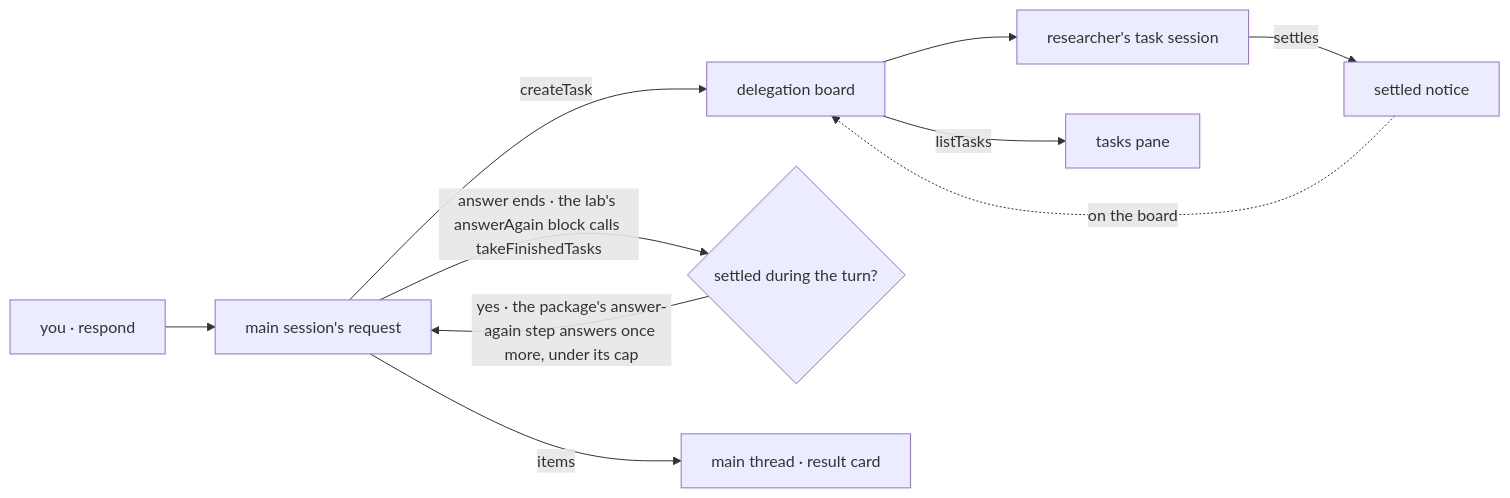
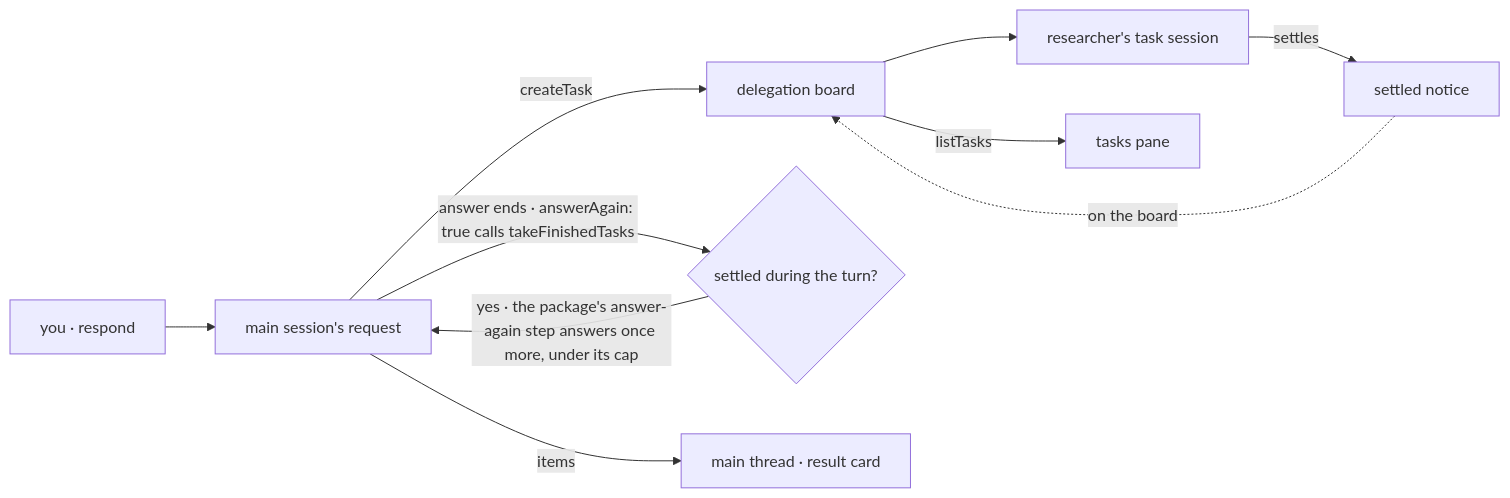
Before and after one commit to fixpoint-labs/flow-state-dev: the second of 2 diagrams in specs/issues/FIX-2153/SPEC.md, drawn with Mermaid. The commit also changed other lines of this file and 1 other file, not shown here.

First line of the commit message:
FIX-2153 spec: the main worker sets answerAgain: true (FIX-2159 merged)

````diff
--- a/specs/issues/FIX-2153/SPEC.md
+++ b/specs/issues/FIX-2153/SPEC.md
@@ -102,12 +102,12 @@
 ```mermaid
 flowchart LR
   U["you · respond"] --> M["main session's request"]
   M -->|"createTask"| B["delegation board"]
   B --> R["researcher's task session"]
   R -->|"settles"| N["settled notice"]
   N -.->|"on the board"| B
-  M -->|"answer ends · the lab's answerAgain block calls takeFinishedTasks"| L{"settled during the turn?"}
+  M -->|"answer ends · answerAgain: true calls takeFinishedTasks"| L{"settled during the turn?"}
   L -->|"yes · the package's answer-again step answers once more, under its cap"| M
   M -->|"items"| V["main thread · result card"]
   B -->|"listTasks"| P["tasks pane"]
 ```
````
